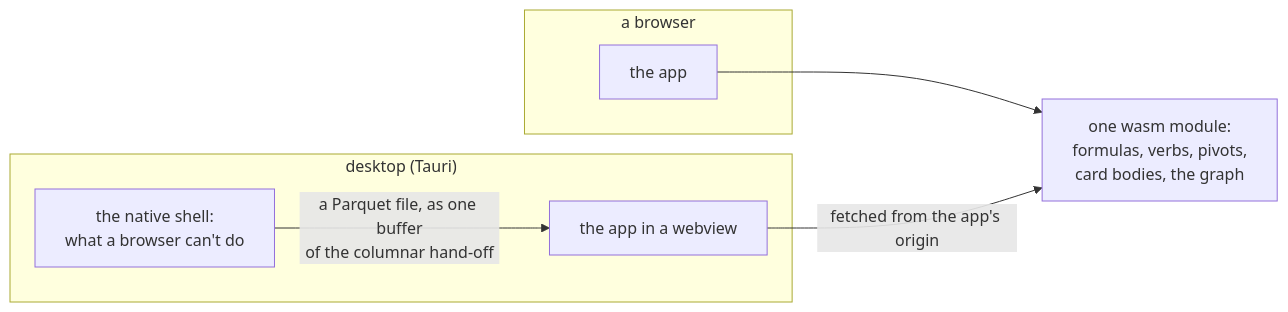
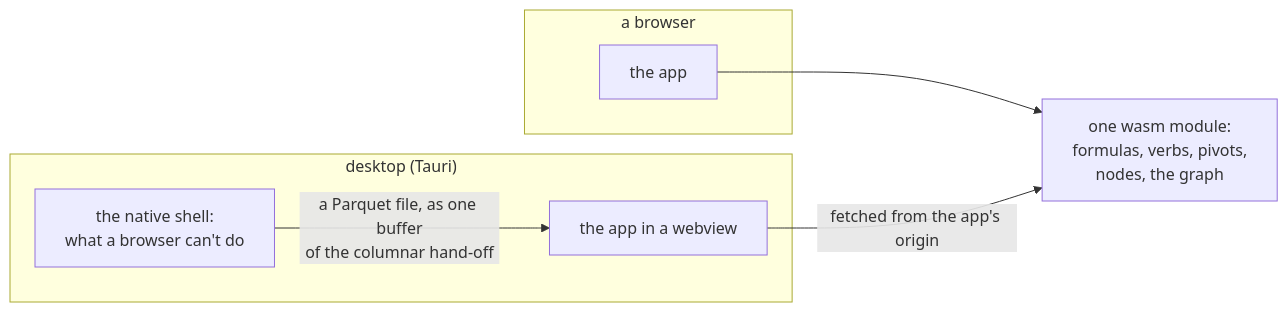
One commit to bubba8587/solenoid changed the third of 3 diagrams in tree/specs/computation/rust-core.md. Above: the diagram before and after it, drawn with Mermaid. The commit also changed other lines of this file and 282 other files, not shown here.

````diff
--- a/tree/specs/computation/rust-core.md
+++ b/tree/specs/computation/rust-core.md
@@ -142,14 +108,14 @@
 ```mermaid
 flowchart LR
     subgraph web["a browser"]
         wa["the app"]
     end
     subgraph desk["desktop (Tauri)"]
         wv["the app in a webview"]
         shell["the native shell:<br>what a browser can't do"]
     end
-    mod["one wasm module:<br>formulas, verbs, pivots,<br>card bodies, the graph"]
+    mod["one wasm module:<br>formulas, verbs, pivots,<br>nodes, the graph"]
     wa --> mod
     wv -->|"fetched from the app's origin"| mod
     shell -->|"a Parquet file, as one buffer<br>of the columnar hand-off"| wv
 ```
````
